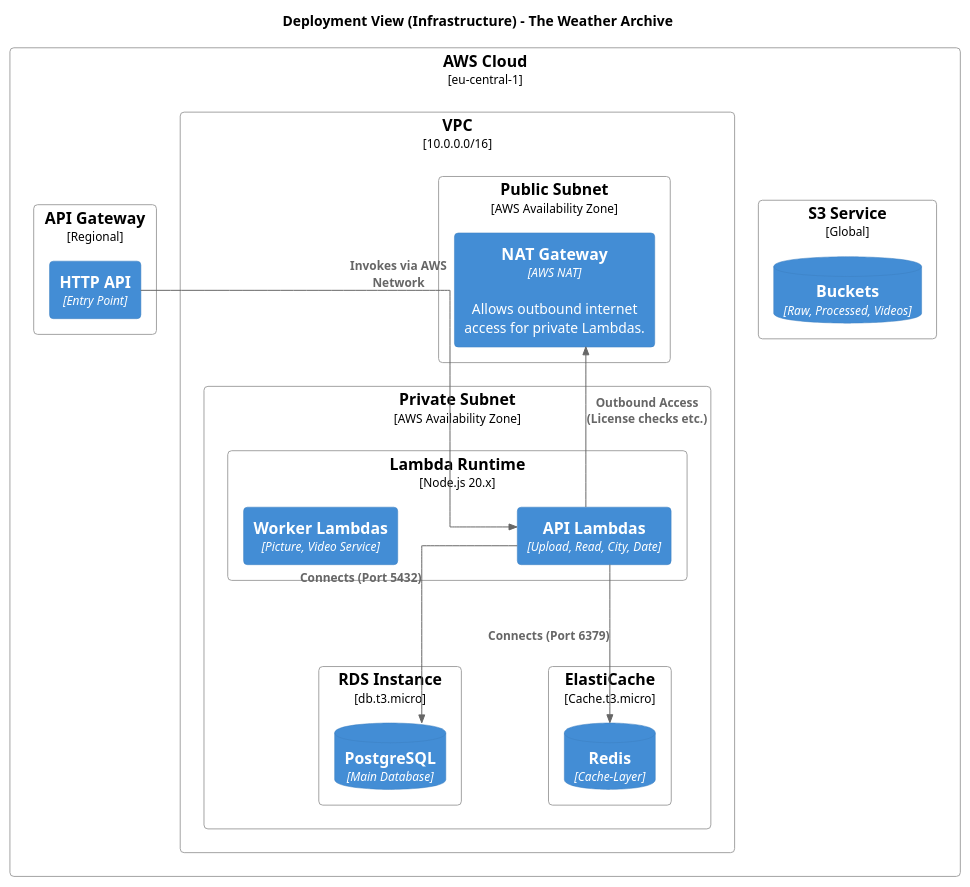
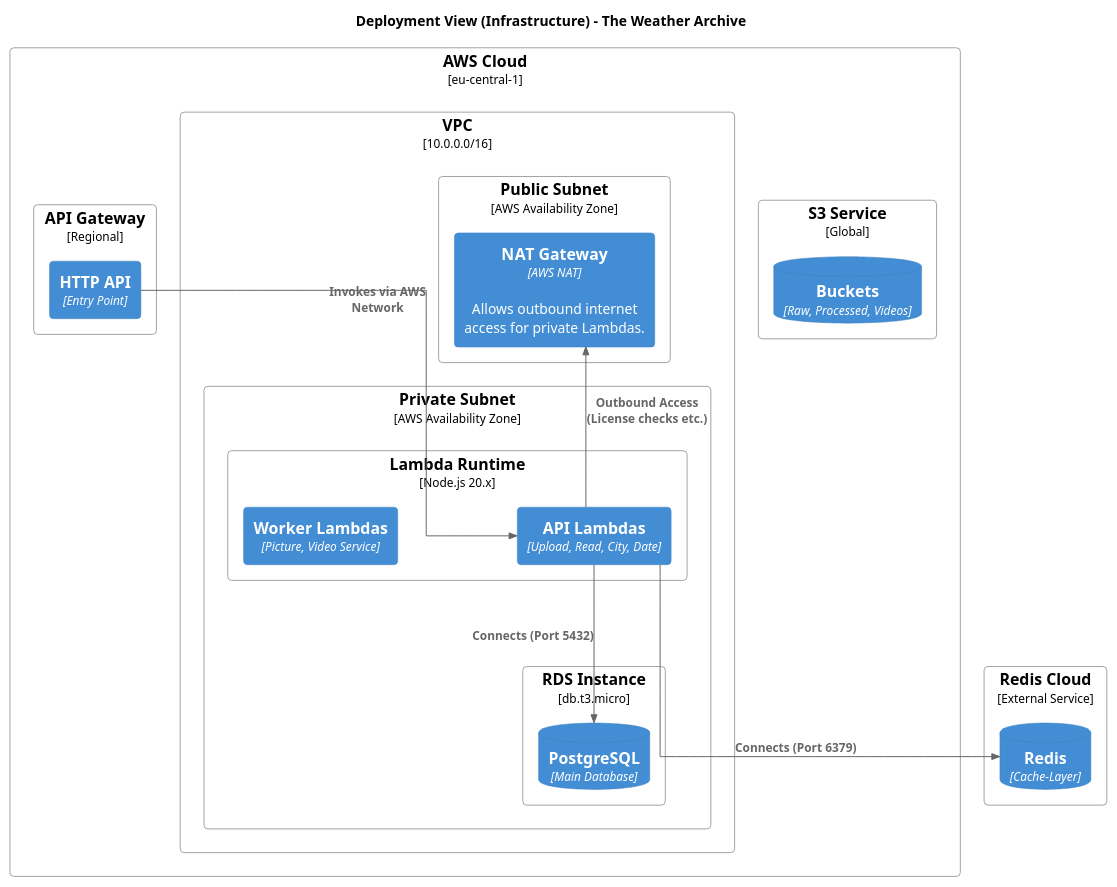
One commit to SwipSwup/the_weather_archive changed the diagram in Documentation/plantuml/deployment_view.puml. Above: the diagram before and after it, drawn with PlantUML. The commit also changed 7 other files, not shown here.

```diff
--- a/Documentation/plantuml/deployment_view.puml
+++ b/Documentation/plantuml/deployment_view.puml
@@ -1,57 +1,59 @@
 @startuml
 !include https://raw.githubusercontent.com/plantuml-stdlib/C4-PlantUML/master/C4_Deployment.puml
 
 ' --- Visual Styling ---
 skinparam handwritten false
 skinparam shadowing false
 skinparam defaultFontName "Segoe UI"
 skinparam roundcorner 8
 skinparam linetype ortho
 skinparam nodesep 120
 skinparam ranksep 160
 
 ' Hide the <<node>> and <<container>> stereotypes for cleaner look with explicit types
 hide stereotype
 
 title Deployment View (Infrastructure) - The Weather Archive
 
 Deployment_Node(aws, "AWS Cloud", "eu-central-1") {
     
     Deployment_Node(vpc, "VPC", "10.0.0.0/16") {
         
         Deployment_Node(pub_subnet, "Public Subnet", "AWS Availability Zone") {
              Container(nat, "NAT Gateway", "AWS NAT", "Allows outbound internet access for private Lambdas.")
         }
 
         Deployment_Node(priv_subnet, "Private Subnet", "AWS Availability Zone") {
             
             Deployment_Node(lambda_runtime, "Lambda Runtime", "Node.js 20.x") {
                 Container(api_lambdas, "API Lambdas", "Upload, Read, City, Date")
                 Container(worker_lambdas, "Worker Lambdas", "Picture, Video Service")
             }
 
             Deployment_Node(rds_runtime, "RDS Instance", "db.t3.micro") {
                 ContainerDb(db, "PostgreSQL", "Main Database")
             }
 
-            Deployment_Node(elasticache, "ElastiCache", "Cache.t3.micro") {
-                ContainerDb(redis, "Redis", "Cache-Layer")
-            }
+
         }
     }
 
     Deployment_Node(s3_service, "S3 Service", "Global") {
         ContainerDb(s3_buckets, "Buckets", "Raw, Processed, Videos")
     }
     
     Deployment_Node(apigw_service, "API Gateway", "Regional") {
         Container(http_api, "HTTP API", "Entry Point")
     }
 }
 
+Deployment_Node(redis_cloud, "Redis Cloud", "External Service") {
+    ContainerDb(redis, "Redis", "Cache-Layer")
+}
+
 Rel_D(http_api, api_lambdas, "Invokes via AWS Network")
 Rel_D(api_lambdas, db, "Connects (Port 5432)")
 Rel_D(api_lambdas, redis, "Connects (Port 6379)")
 Rel_U(api_lambdas, nat, "Outbound Access (License checks etc.)")
 
 @enduml
```
